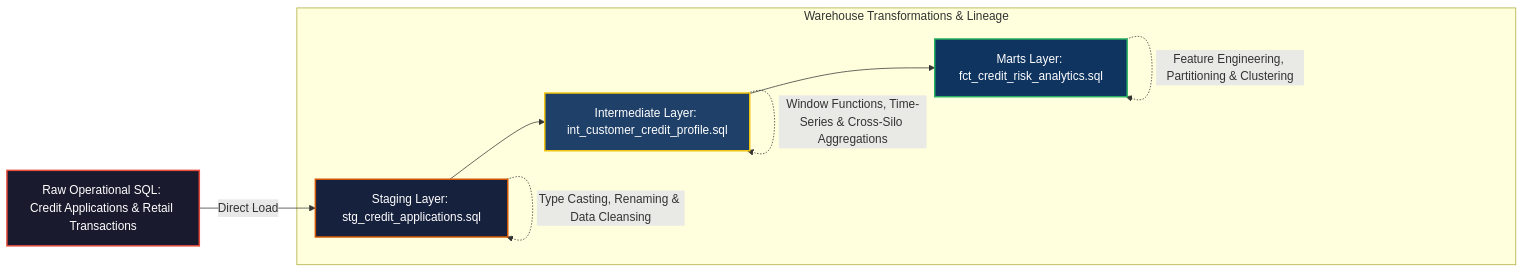
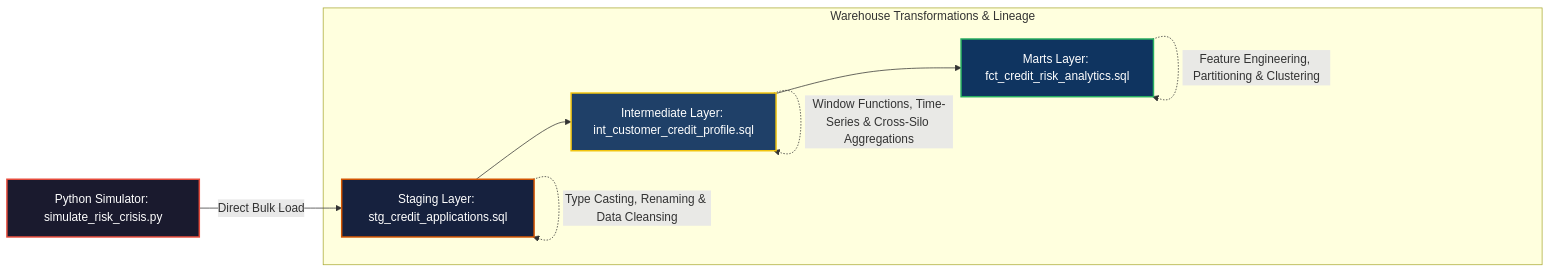
Before and after one commit to kojtanhs/analytic-ingestion-pipeline: the diagram in README.md, drawn with Mermaid. The commit also changed other lines of this file, not shown here.

Commit message:
a short update

````diff
--- a/README.md
+++ b/README.md
@@ -9,23 +9,23 @@
 ```mermaid
 graph LR
     classDef source fill:#1a1a2e,stroke:#e74c3c,stroke-width:2px,color:#fff;
     classDef staging fill:#16213e,stroke:#d35400,stroke-width:2px,color:#fff;
     classDef intermediate fill:#1f4068,stroke:#f1c40f,stroke-width:2px,color:#fff;
     classDef marts fill:#0f3460,stroke:#27ae60,stroke-width:2px,color:#fff;
 
-    A[Raw Operational SQL: Credit Applications & Retail Transactions] -->|Direct Load| B[Staging Layer: stg_credit_applications.sql]
+    A[Python Simulator: simulate_risk_crisis.py] -->|Direct Bulk Load| B[Staging Layer: stg_credit_applications.sql]
     class A source;
     class B staging;
 
     B --> C[Intermediate Layer: int_customer_credit_profile.sql]
     class C intermediate;
 
     C --> D[Marts Layer: fct_credit_risk_analytics.sql]
     class D marts;
 
     subgraph Warehouse Transformations & Lineage
         B -.->|Type Casting, Renaming & Data Cleansing| B
         C -.->|Window Functions, Time-Series & Cross-Silo Aggregations| C
         D -.->|Feature Engineering, Partitioning & Clustering| D
     end
 ```
````
